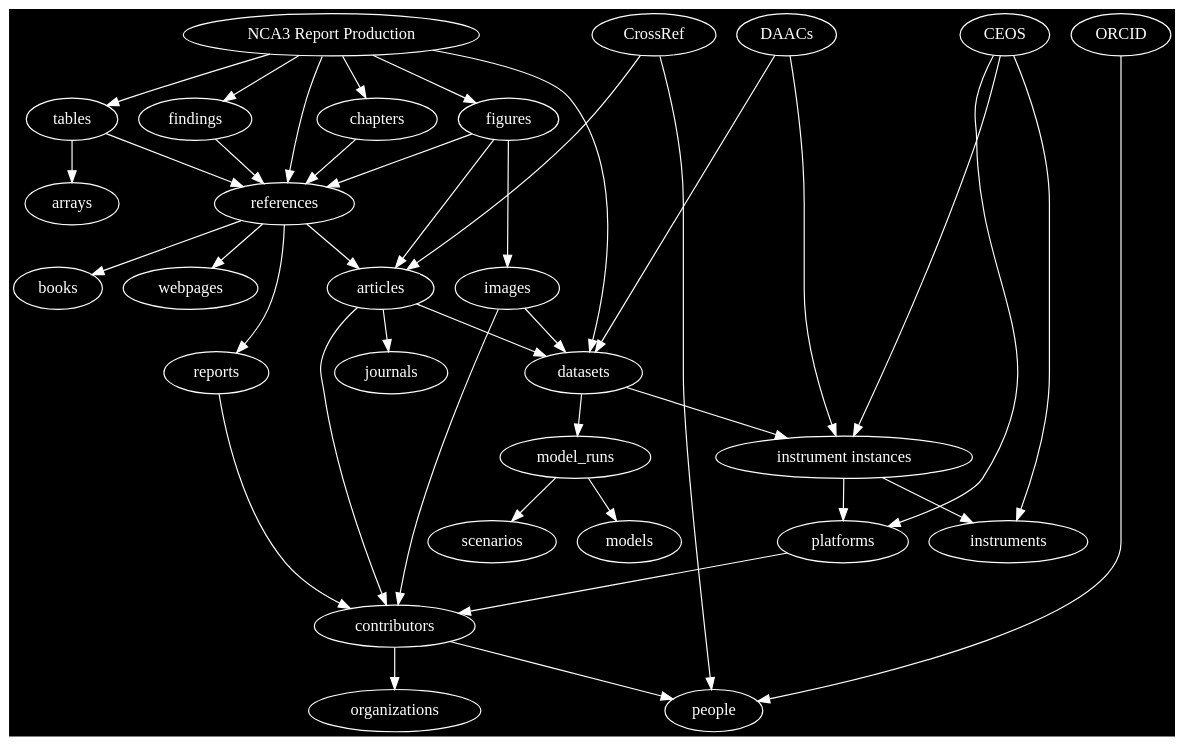
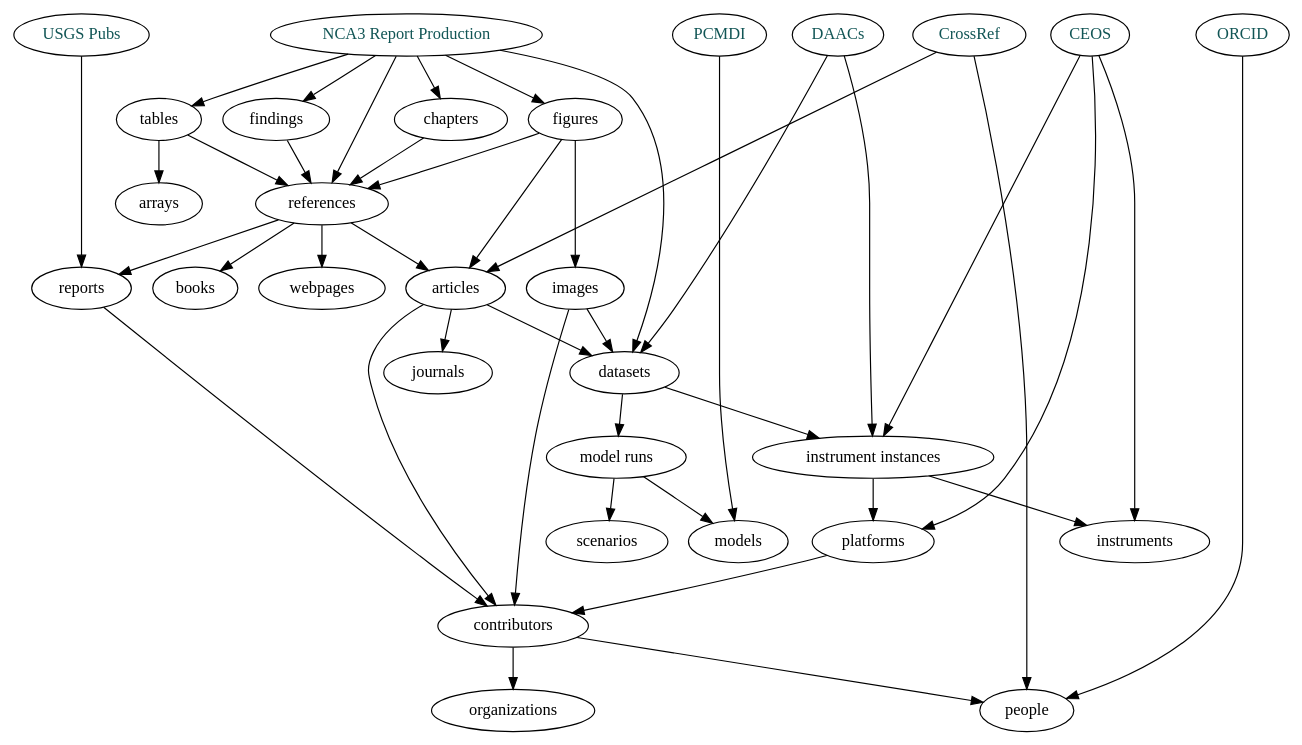
One commit to bduggan/bduggan.github.io changed the diagram in gcis-2015/growth.dot. Above: the diagram before and after it, drawn with Graphviz. The commit also changed 26 other files, not shown here.

```diff
--- a/gcis-2015/growth.dot
+++ b/gcis-2015/growth.dot
@@ -1,59 +1,61 @@
 digraph growth {
-    bgcolor=black;
-    fontcolor=white;
-    node[ color=white; bgcolor=black; fontcolor=white; ];
-    edge[ color=white; bgcolor=black; fontcolor=white;];
-    
+    node [fontname=Lucida; ];
 
     nca3 -> chapters;
     nca3 -> figures;
     nca3 -> findings;
     nca3 -> tables;
     nca3 -> references;
     nca3 -> datasets;
     images -> datasets;
     figures -> images;
     tables -> arrays;
     figures -> articles;
     articles -> journals;
     articles -> contributors;
     chapters -> references;
     findings -> references;
     tables -> references;
     references -> books;
     references -> webpages;
     references -> articles;
         articles -> datasets;
     references -> reports;
         reports -> contributors;
     contributors -> people;
     contributors -> organizations;
     datasets -> model_runs;
         model_runs -> models;
         model_runs -> scenarios;
     datasets -> instrument_instances;
         instrument_instances -> platforms;
         instrument_instances -> instruments;
     images -> contributors;
     daacs -> datasets;
     daacs -> instrument_instances;
     ceos -> platforms;
     platforms -> contributors;
     ceos -> instruments;
     crossref -> articles;
     orcid -> people;
     ceos -> instrument_instances;
     crossref -> people;
     figures -> references;
+    usgs_pubs -> reports;
+    pcmdi -> models;
 
     instrument_instances [label="instrument instances"];
+    model_runs [label="model runs"];
 
     daacs [label="DAACs"];
     ceos [label="CEOS"];
     nca3 [label="NCA3 Report Production"];
     orcid [label="ORCID"];
     crossref [label="CrossRef"];
+    usgs_pubs [label="USGS Pubs"];
+    pcmdi [label="PCMDI"];
 
+    daacs,ceos,nca3,orcid,crossref,usgs_pubs,pcmdi [fontcolor="#115555"];
 
-    {rank=same; ceos, daacs, nca3, crossref, orcid}
+    {rank=same; ceos, daacs, nca3, usgs_pubs, crossref, orcid, pcmdi}
 }
```
